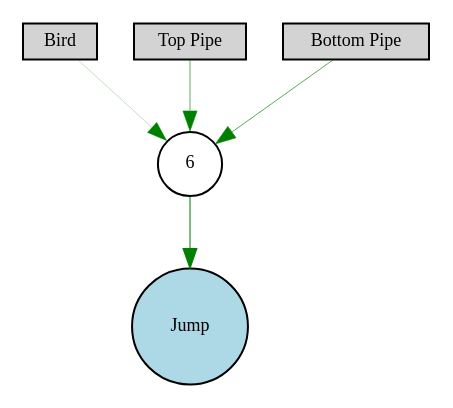
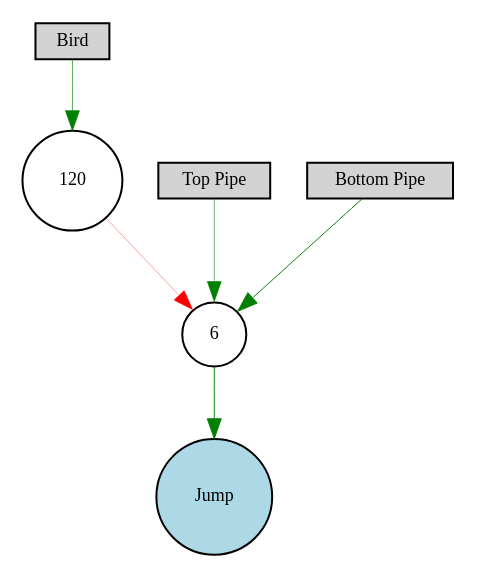
The diagram in Digraph.gv (Tanisha572/flappy-bird-AI), drawn with Graphviz before and after one commit. The commit also changed 6 other files, not shown here.

```diff
--- a/Digraph.gv
+++ b/Digraph.gv
@@ -1,12 +1,14 @@
 digraph {
 	node [fontsize=9 height=0.2 shape=circle width=0.2]
 	Bird [fillcolor=lightgray shape=box style=filled]
 	"Top Pipe" [fillcolor=lightgray shape=box style=filled]
 	"Bottom Pipe" [fillcolor=lightgray shape=box style=filled]
 	Jump [fillcolor=lightblue style=filled]
+	120 [fillcolor=white style=filled]
 	6 [fillcolor=white style=filled]
-	Bird -> 6 [color=green penwidth=0.12444117773974755 style=solid]
-	"Top Pipe" -> 6 [color=green penwidth=0.31704908331937054 style=solid]
-	"Bottom Pipe" -> 6 [color=green penwidth=0.3312041398927108 style=solid]
-	6 -> Jump [color=green penwidth=0.5121404134143588 style=solid]
+	"Top Pipe" -> 6 [color=green penwidth=0.2919381905359495 style=solid]
+	"Bottom Pipe" -> 6 [color=green penwidth=0.4912696493246146 style=solid]
+	6 -> Jump [color=green penwidth=0.47067512313861615 style=solid]
+	Bird -> 120 [color=green penwidth=0.33575716365757713 style=solid]
+	120 -> 6 [color=red penwidth=0.1854971745099789 style=solid]
 }
```
